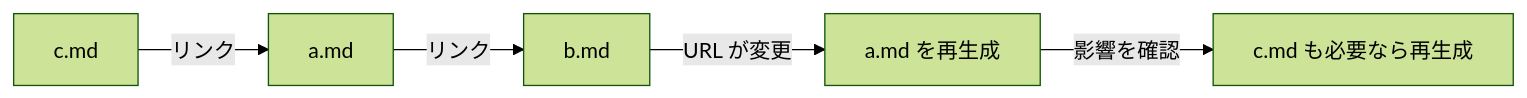
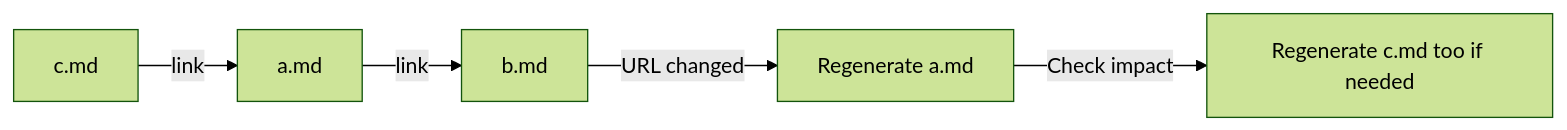
The second of 2 diagrams in docs/docs/framework/build-system.md (Rerurate514/riebeckite), drawn with Mermaid (forest theme) before and after one commit. The commit also changed other lines of this file and 604 other files, not shown here.

````diff
--- a/docs/docs/framework/build-system.md
+++ b/docs/docs/framework/build-system.md
@@ -109,8 +112,8 @@
 ```mermaid
 flowchart LR
-    A["a.md"] -->|"リンク"| B["b.md"]
-    C["c.md"] -->|"リンク"| A
+    A["a.md"] -->|"link"| B["b.md"]
+    C["c.md"] -->|"link"| A
 
-    B -->|"URL が変更"| D["a.md を再生成"]
-    D -->|"影響を確認"| E["c.md も必要なら再生成"]
+    B -->|"URL changed"| D["Regenerate a.md"]
+    D -->|"Check impact"| E["Regenerate c.md too if needed"]
 ```
````
